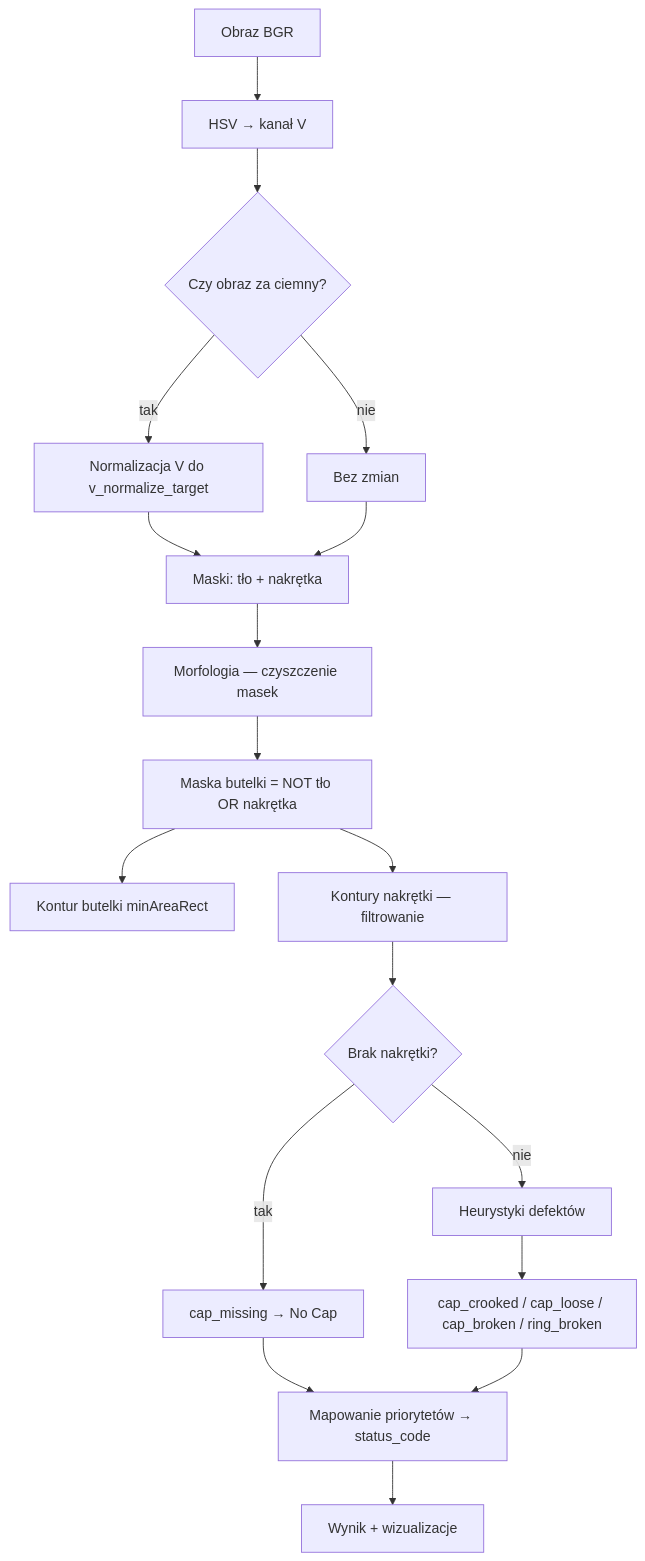
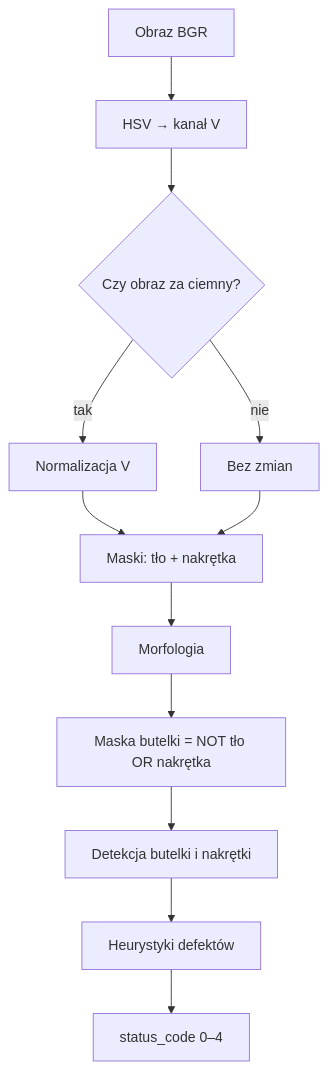
The diagram in docs/Raport TWM.md (AntonyFFC/TWM_project), drawn with Mermaid before and after one commit. The commit also changed other lines of this file and 3 other files, not shown here.

````diff
--- a/docs/Raport TWM.md
+++ b/docs/Raport TWM.md
@@ -259,20 +112,14 @@
 ```mermaid
 flowchart TD
     A[Obraz BGR] --> B[HSV → kanał V]
     B --> C{Czy obraz za ciemny?}
-    C -->|tak| D[Normalizacja V do v_normalize_target]
+    C -->|tak| D[Normalizacja V]
     C -->|nie| E[Bez zmian]
     D --> F[Maski: tło + nakrętka]
     E --> F
-    F --> G[Morfologia — czyszczenie masek]
+    F --> G[Morfologia]
     G --> H[Maska butelki = NOT tło OR nakrętka]
-    H --> I[Kontur butelki minAreaRect]
-    H --> J[Kontury nakrętki — filtrowanie]
-    J --> K{Brak nakrętki?}
-    K -->|tak| L[cap_missing → No Cap]
-    K -->|nie| M[Heurystyki defektów]
-    M --> N[cap_crooked / cap_loose / cap_broken / ring_broken]
-    L --> O[Mapowanie priorytetów → status_code]
-    N --> O
-    O --> P[Wynik + wizualizacje]
+    H --> I[Detekcja butelki i nakrętki]
+    I --> J[Heurystyki defektów]
+    J --> K[status_code 0–4]
 ```
````
